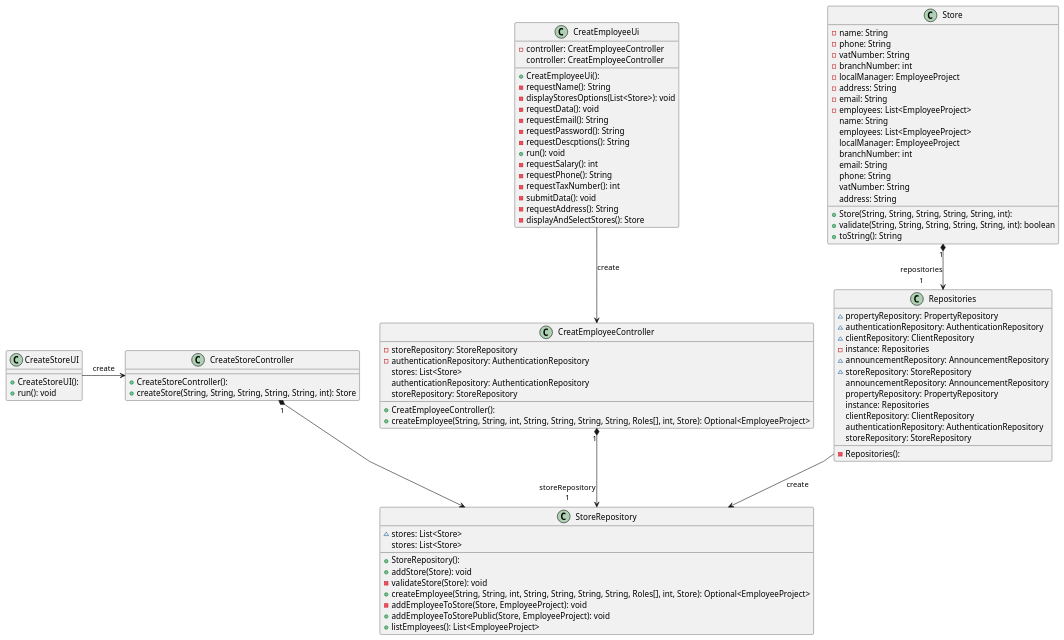
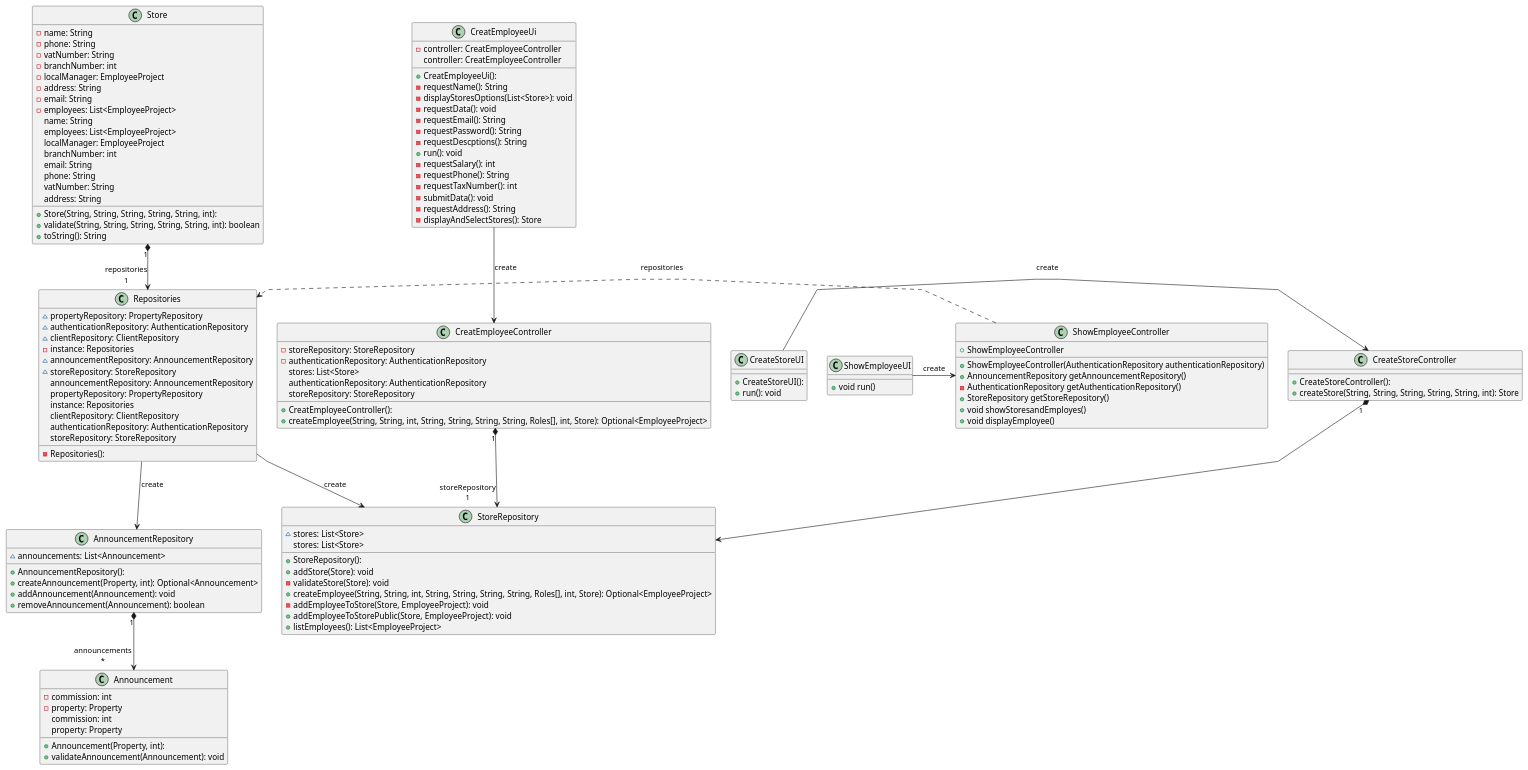
The diagram in lei-22-s2-1do-g68/docs/SprintC/us013/03.design/puml/us013-class-diagram.puml (hugosilva2901/lei-22-s2-1DO-g68), drawn with PlantUML before and after one commit. The commit also changed 8 other files, not shown here.

Commit message:
Us013 - Implements 2.0 and Update on Class Diagram.

```diff
--- a/lei-22-s2-1do-g68/docs/SprintC/us013/03.design/puml/us013-class-diagram.puml
+++ b/lei-22-s2-1do-g68/docs/SprintC/us013/03.design/puml/us013-class-diagram.puml
@@ -1,108 +1,141 @@
 @startuml
 skinparam packageStyle rectangle
 skinparam shadowing false
 skinparam linetype polyline
 left to right direction
 top to bottom direction
 
 skinparam classAttributeIconSize "2"
 
 
 class CreatEmployeeUi {
   + CreatEmployeeUi():
   - controller: CreatEmployeeController
   - requestName(): String
   - displayStoresOptions(List<Store>): void
   - requestData(): void
   - requestEmail(): String
   - requestPassword(): String
   - requestDescptions(): String
   + run(): void
   - requestSalary(): int
   - requestPhone(): String
   - requestTaxNumber(): int
   - submitData(): void
   - requestAddress(): String
   - displayAndSelectStores(): Store
    controller: CreatEmployeeController
 }
 
 class CreatEmployeeController {
   + CreatEmployeeController():
   - storeRepository: StoreRepository
   - authenticationRepository: AuthenticationRepository
   + createEmployee(String, String, int, String, String, String, String, Roles[], int, Store): Optional<EmployeeProject>
    stores: List<Store>
    authenticationRepository: AuthenticationRepository
    storeRepository: StoreRepository
 }
 
 class CreateStoreUI {
   + CreateStoreUI():
   + run(): void
 }
 
 class CreateStoreController {
   + CreateStoreController():
   + createStore(String, String, String, String, String, int): Store
 }
 
 class Store {
   + Store(String, String, String, String, String, int):
   - name: String
   - phone: String
   - vatNumber: String
   - branchNumber: int
   - localManager: EmployeeProject
   - address: String
   - email: String
   - employees: List<EmployeeProject>
   + validate(String, String, String, String, String, int): boolean
   + toString(): String
    name: String
    employees: List<EmployeeProject>
    localManager: EmployeeProject
    branchNumber: int
    email: String
    phone: String
    vatNumber: String
    address: String
 }
 
+class Announcement {
+  + Announcement(Property, int):
+  - commission: int
+  - property: Property
+  + validateAnnouncement(Announcement): void
+   commission: int
+   property: Property
+}
+
 class Repositories {
   - Repositories():
   ~ propertyRepository: PropertyRepository
   ~ authenticationRepository: AuthenticationRepository
   ~ clientRepository: ClientRepository
   - instance: Repositories
   ~ announcementRepository: AnnouncementRepository
   ~ storeRepository: StoreRepository
    announcementRepository: AnnouncementRepository
    propertyRepository: PropertyRepository
    instance: Repositories
    clientRepository: ClientRepository
    authenticationRepository: AuthenticationRepository
    storeRepository: StoreRepository
 }
 
 class StoreRepository {
   + StoreRepository():
   ~ stores: List<Store>
   + addStore(Store): void
   - validateStore(Store): void
   + createEmployee(String, String, int, String, String, String, String, Roles[], int, Store): Optional<EmployeeProject>
   - addEmployeeToStore(Store, EmployeeProject): void
   + addEmployeeToStorePublic(Store, EmployeeProject): void
   + listEmployees(): List<EmployeeProject>
    stores: List<Store>
 }
-'Class EmployeeRepository
+class AnnouncementRepository {
+  + AnnouncementRepository():
+  ~ announcements: List<Announcement>
+  + createAnnouncement(Property, int): Optional<Announcement>
+  + addAnnouncement(Announcement): void
+  + removeAnnouncement(Announcement): boolean
+}
+
+class ShowEmployeeUI{
+  + void run()
+}
+
+class ShowEmployeeController{
+  + ShowEmployeeController
+  + ShowEmployeeController(AuthenticationRepository authenticationRepository)
+  + AnnouncementRepository getAnnouncementRepository()
+  - AuthenticationRepository getAuthenticationRepository()
+  + StoreRepository getStoreRepository()
+  + void showStoresandEmployes()
+  + void displayEmployee()
+}
 
 
 CreatEmployeeUi               -->  CreatEmployeeController      : "«create»"
 CreateStoreController        "1" *--> "StoreRepository"
 CreateStoreUI                 ->  CreateStoreController        : "«create»"
 CreatEmployeeController      "1" *--> "storeRepository\n1" StoreRepository
+ShowEmployeeUI                 ->  ShowEmployeeController        : "«create»"
+ShowEmployeeController .> Repositories: repositories
+AnnouncementRepository       "1" *--> "announcements\n*" Announcement
 Store                        "1" *--> "repositories\n1" Repositories
 Repositories                  -->  StoreRepository              : "«create»"
+Repositories                  -->  AnnouncementRepository       : "«create»"
 @enduml
```
